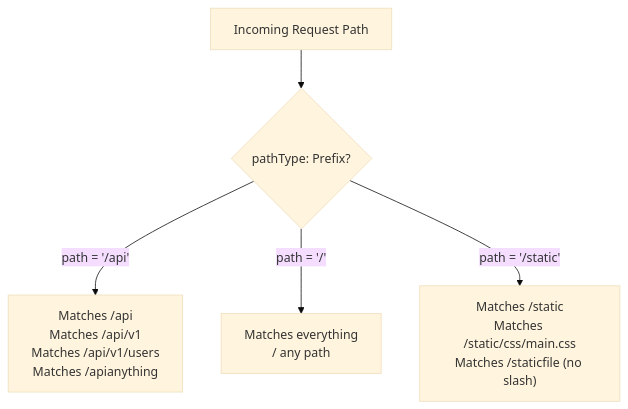
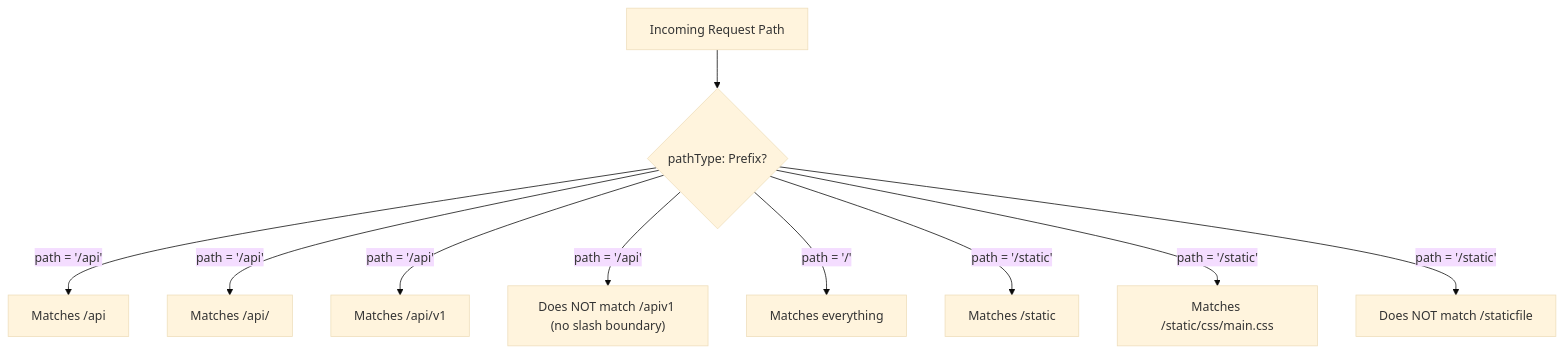
The first of 4 diagrams in 07-services/04-Ingress/2-mechanics/04-path-types.md (MattiaFanan/k8s-notes), drawn with Mermaid (base theme) before and after one commit. The commit also changed other lines of this file and 66 other files, not shown here.

````diff
--- a/07-services/04-Ingress/2-mechanics/04-path-types.md
+++ b/07-services/04-Ingress/2-mechanics/04-path-types.md
@@ -21,7 +21,12 @@
 ```mermaid
 flowchart TD
     A["Incoming Request Path"] --> B{"pathType: Prefix?"}
-    B -->| path = '/api' | C["Matches /api\nMatches /api/v1\nMatches /api/v1/users\nMatches /apianything"]
-    B -->| path = '/' | D["Matches everything\n/ any path"]
-    B -->| path = '/static' | E["Matches /static\nMatches /static/css/main.css\nMatches /staticfile (no slash)"]
+    B -->| path = '/api' | C["Matches /api"]
+    B -->| path = '/api' | D["Matches /api/"]
+    B -->| path = '/api' | E["Matches /api/v1"]
+    B -->| path = '/api' | F["Does NOT match /apiv1 (no slash boundary)"]
+    B -->| path = '/' | G["Matches everything"]
+    B -->| path = '/static' | H["Matches /static"]
+    B -->| path = '/static' | I["Matches /static/css/main.css"]
+    B -->| path = '/static' | J["Does NOT match /staticfile"]
 ```
````
